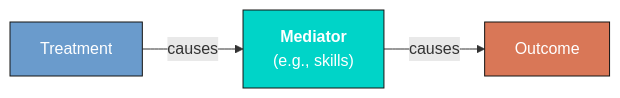
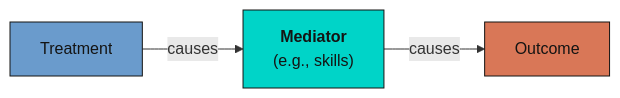
One commit to cmg777/starter-academic-v501 changed the third of 5 diagrams in content/post/python_dowhy/index.md. Above: the diagram before and after it, drawn with Mermaid. The commit also changed other lines of this file and 67 other files, not shown here.

First line of the commit message:
fix(mermaid): readable diagram text in both themes across the site

````diff
--- a/content/post/python_dowhy/index.md
+++ b/content/post/python_dowhy/index.md
@@ -528,9 +528,9 @@
 ```mermaid
 graph LR
     T["Treatment"] -->|"causes"| M["<b>Mediator</b><br/>(e.g., skills)"]
     M -->|"causes"| Y["Outcome"]
 
-    style T fill:#6a9bcc,stroke:#141413,color:#fff
-    style M fill:#00d4c8,stroke:#141413,color:#fff
-    style Y fill:#d97757,stroke:#141413,color:#fff
+    style T fill:#6a9bcc,stroke:#141413,color:#141413
+    style M fill:#00d4c8,stroke:#141413,color:#141413
+    style Y fill:#d97757,stroke:#141413,color:#141413
 ```
````
